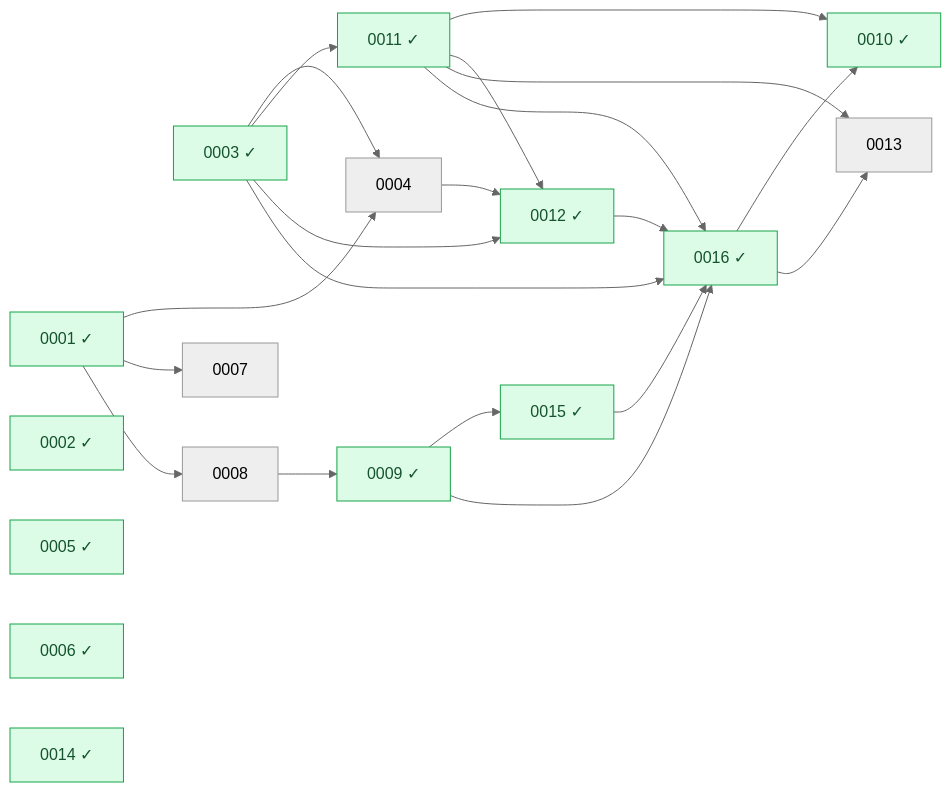
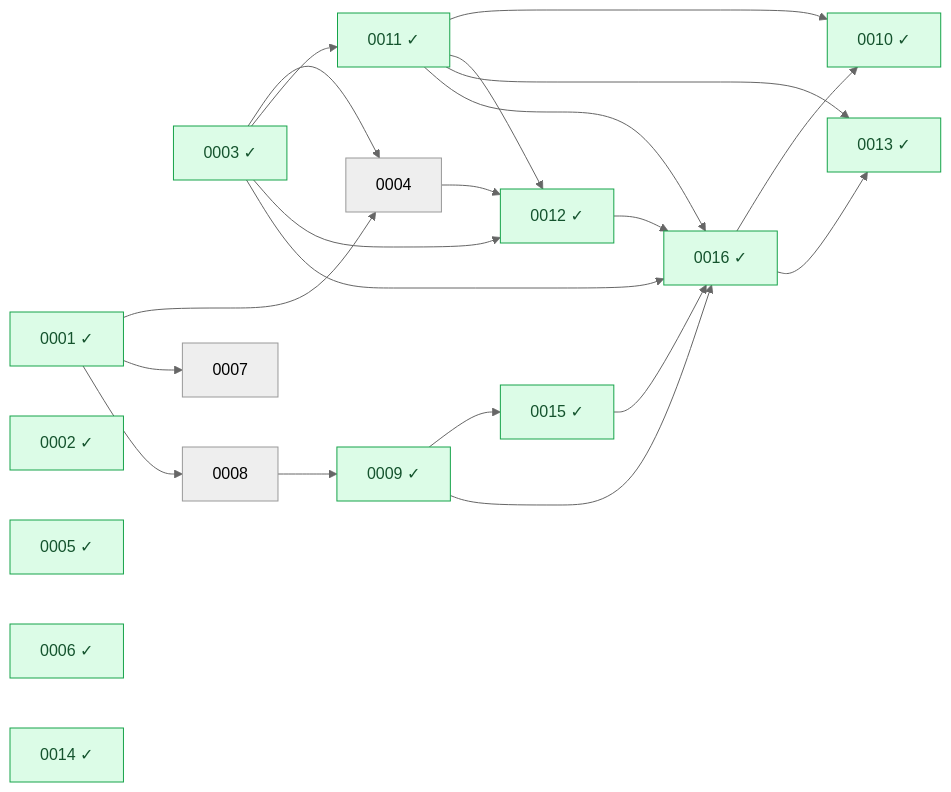
One commit to Heva-Co/piro changed the diagram in docs/rfcs/README.md. Above: the diagram before and after it, drawn with Mermaid (neutral theme). The commit also changed other lines of this file and 1 other file, not shown here.

````diff
--- a/docs/rfcs/README.md
+++ b/docs/rfcs/README.md
@@ -40,51 +40,52 @@
 ```mermaid
 graph LR
   n0001["0001 ✓"]
   n0002["0002 ✓"]
   n0003["0003 ✓"]
   n0004["0004"]
   n0005["0005 ✓"]
   n0006["0006 ✓"]
   n0007["0007"]
   n0008["0008"]
   n0009["0009 ✓"]
   n0010["0010 ✓"]
   n0011["0011 ✓"]
   n0012["0012 ✓"]
-  n0013["0013"]
+  n0013["0013 ✓"]
   n0014["0014 ✓"]
   n0015["0015 ✓"]
   n0016["0016 ✓"]
   n0001 --> n0004
   n0003 --> n0004
   n0001 --> n0007
   n0001 --> n0008
   n0008 --> n0009
   n0011 --> n0010
   n0016 --> n0010
   n0003 --> n0011
   n0003 --> n0012
   n0004 --> n0012
   n0011 --> n0012
   n0011 --> n0013
   n0016 --> n0013
   n0009 --> n0015
   n0003 --> n0016
   n0009 --> n0016
   n0011 --> n0016
   n0012 --> n0016
   n0015 --> n0016
   classDef done fill:#dcfce7,stroke:#16a34a,color:#14532d;
   class n0001 done;
   class n0002 done;
   class n0003 done;
   class n0005 done;
   class n0006 done;
   class n0009 done;
   class n0010 done;
   class n0011 done;
   class n0012 done;
+  class n0013 done;
   class n0014 done;
   class n0015 done;
   class n0016 done;
 ```
````
